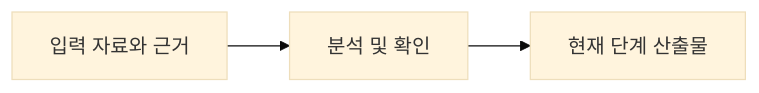
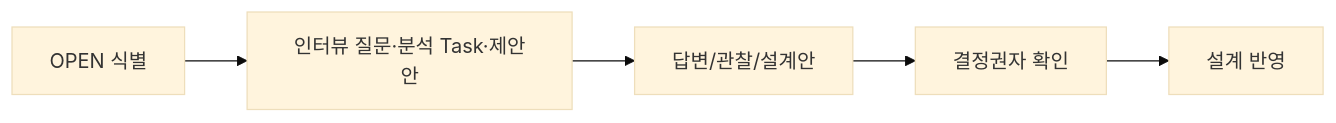
The diagram in sdlc/templates/core/interview-questions.md (Seunghyun0606/SDLC_DDD_SDD), drawn with Mermaid (base theme) before and after one commit. The commit also changed other lines of this file, not shown here.

````diff
--- a/sdlc/templates/core/interview-questions.md
+++ b/sdlc/templates/core/interview-questions.md
@@ -26,4 +26,4 @@
 ```mermaid
 flowchart LR
-    I["입력 자료와 근거"] --> A["분석 및 확인"] --> O["현재 단계 산출물"]
+    O["OPEN 식별"] --> Q["인터뷰 질문·분석 Task·제안안"] --> A["답변/관찰/설계안"] --> D["결정권자 확인"] --> R["설계 반영"]
 ```
````
